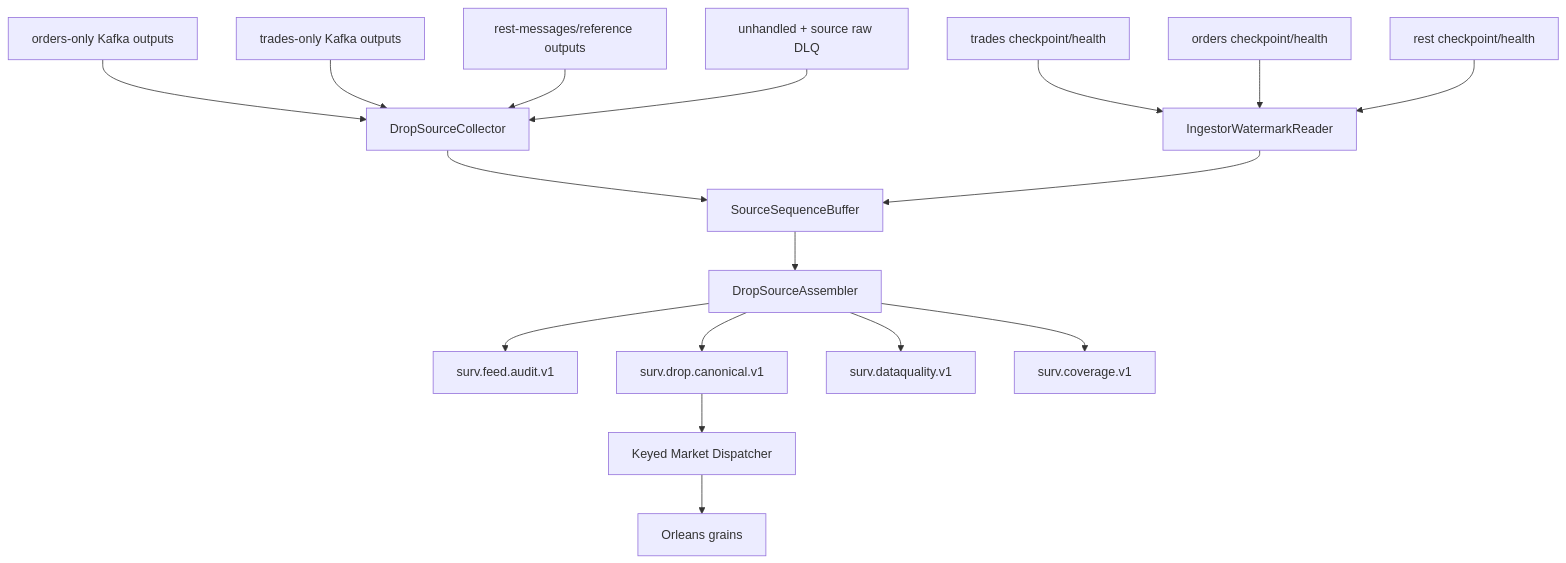
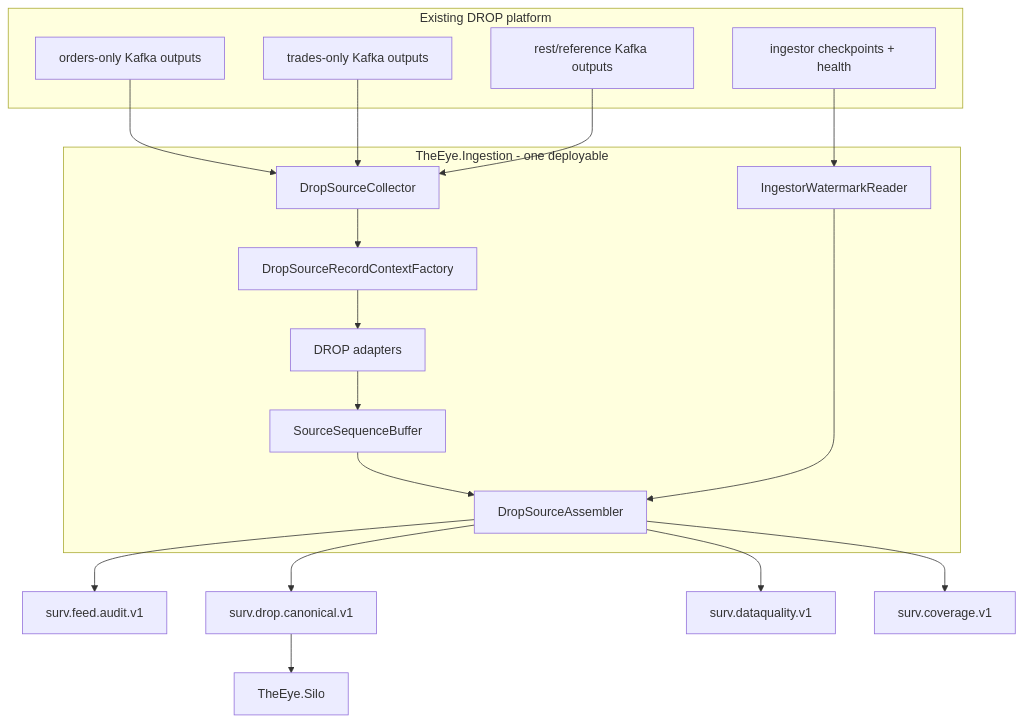
One commit to adnanelhabashy/surveillance-knowledge-base changed the first of 2 diagrams in Market-Surveillance-Full-Plan-Doc-Refrence/Architecture/Implementation-Start/09 - Source Assembly and Ordering Logic.md. Above: the diagram before and after it, drawn with Mermaid. The commit also changed other lines of this file, not shown here.

Commit message:
docs: align source assembly logic with in-process Ingestor and Silo boundary

````diff
--- a/Market-Surveillance-Full-Plan-Doc-Refrence/Architecture/Implementation-Start/09 - Source Assembly and Ordering Logic.md
+++ b/Market-Surveillance-Full-Plan-Doc-Refrence/Architecture/Implementation-Start/09 - Source Assembly and Ordering Logic.md
@@ -61,23 +34,30 @@
 ```mermaid
 flowchart TB
-    O[orders-only Kafka outputs] --> COL[DropSourceCollector]
-    T[trades-only Kafka outputs] --> COL
-    R[rest-messages/reference outputs] --> COL
-    U[unhandled + source raw DLQ] --> COL
+    subgraph DROP[Existing DROP platform]
+        O[orders-only Kafka outputs]
+        T[trades-only Kafka outputs]
+        R[rest/reference Kafka outputs]
+        REDIS[ingestor checkpoints + health]
+    end
 
-    W1[trades checkpoint/health] --> WM[IngestorWatermarkReader]
-    W2[orders checkpoint/health] --> WM
-    W3[rest checkpoint/health] --> WM
+    subgraph ING[TheEye.Ingestion - one deployable]
+        COL[DropSourceCollector]
+        CTX[DropSourceRecordContextFactory]
+        ADP[DROP adapters]
+        BUF[SourceSequenceBuffer]
+        WM[IngestorWatermarkReader]
+        ASM[DropSourceAssembler]
+        COL --> CTX --> ADP --> BUF --> ASM
+        WM --> ASM
+    end
 
-    COL --> BUF[SourceSequenceBuffer]
-    WM --> BUF
+    O & T & R --> COL
+    REDIS --> WM
 
-    BUF --> ASM[DropSourceAssembler]
     ASM --> AUDIT[surv.feed.audit.v1]
     ASM --> CANON[surv.drop.canonical.v1]
     ASM --> DQ[surv.dataquality.v1]
     ASM --> COVER[surv.coverage.v1]
 
-    CANON --> DISP[Keyed Market Dispatcher]
-    DISP --> ORL[Orleans grains]
+    CANON --> SILO[TheEye.Silo]
 ```
````
